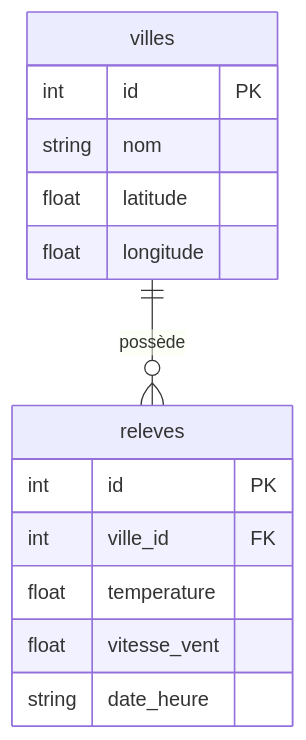
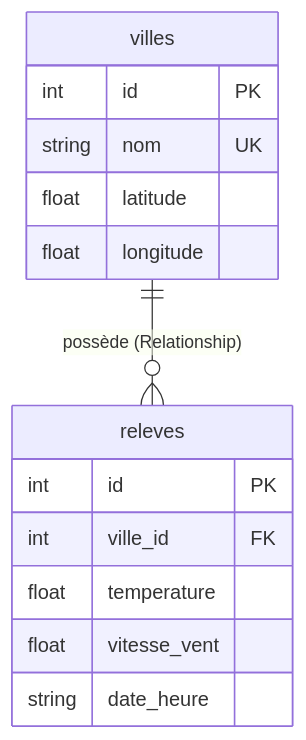
Before and after one commit to romainravasini-del/Projet-Meteo-HTTP-Request: the third of 3 diagrams in README.md, drawn with Mermaid. The commit also changed other lines of this file and 6 other files, not shown here.

````diff
--- a/README.md
+++ b/README.md
@@ -44,17 +57,17 @@
 ```mermaid
 erDiagram
-    villes ||--o{ releves : "possède"
+    villes ||--o{ releves : "possède (Relationship)"
     villes {
         int id PK
-        string nom
+        string nom UK
         float latitude
         float longitude
     }
     releves {
         int id PK
         int ville_id FK
         float temperature
         float vitesse_vent
         string date_heure
     }
 ```
````
